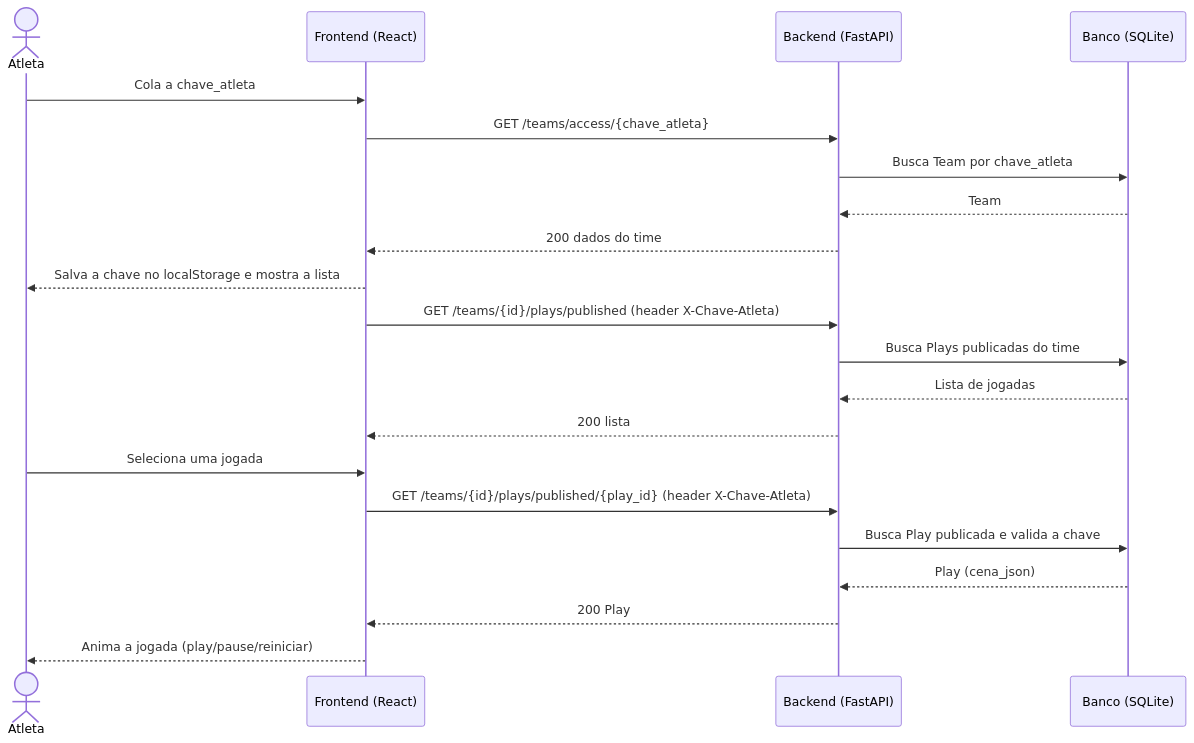
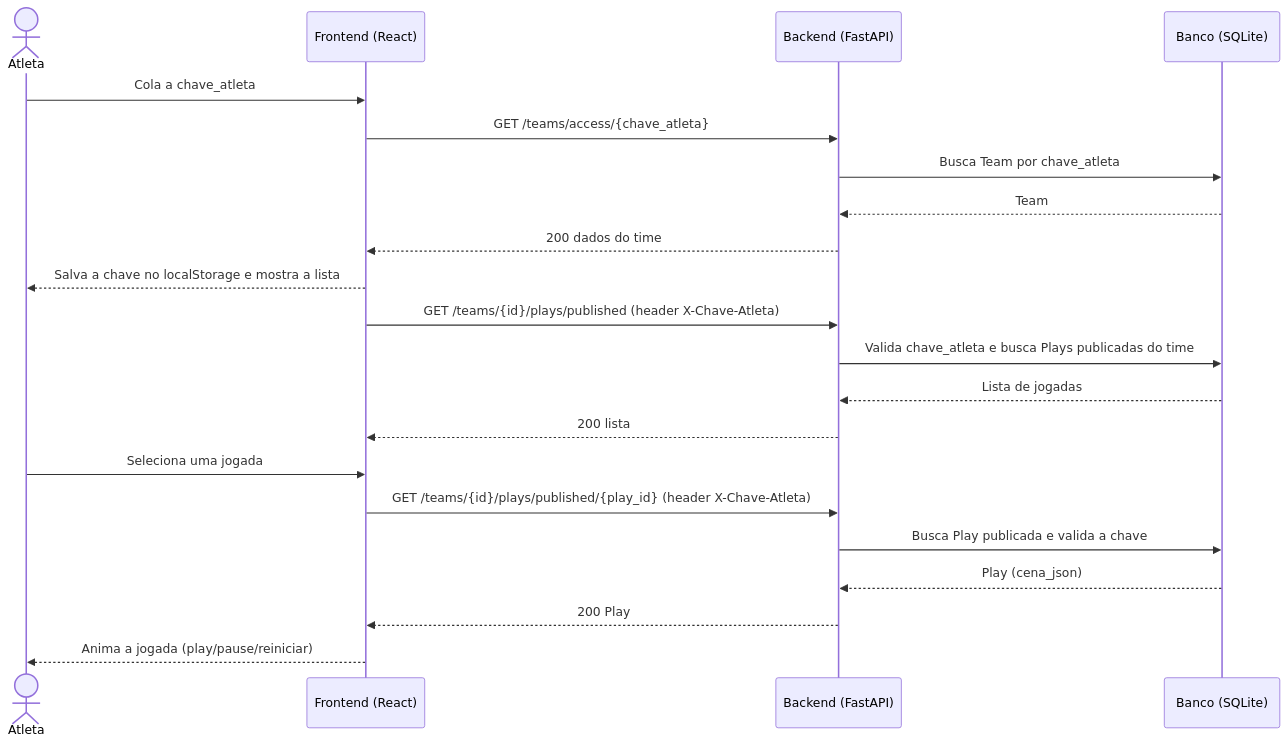
One commit to iMandy10/-EDS--Prancheta-Tatica changed the third of 3 diagrams in README.md. Above: the diagram before and after it, drawn with Mermaid.

Commit message:
docs: make sequence diagram key validation consistent between endpoints

````diff
--- a/README.md
+++ b/README.md
@@ -203,26 +203,26 @@
 ```mermaid
 sequenceDiagram
     actor Atleta
     participant Frontend as Frontend (React)
     participant API as Backend (FastAPI)
     participant DB as Banco (SQLite)
 
     Atleta->>Frontend: Cola a chave_atleta
     Frontend->>API: GET /teams/access/{chave_atleta}
     API->>DB: Busca Team por chave_atleta
     DB-->>API: Team
     API-->>Frontend: 200 dados do time
     Frontend-->>Atleta: Salva a chave no localStorage e mostra a lista
 
     Frontend->>API: GET /teams/{id}/plays/published (header X-Chave-Atleta)
-    API->>DB: Busca Plays publicadas do time
+    API->>DB: Valida chave_atleta e busca Plays publicadas do time
     DB-->>API: Lista de jogadas
     API-->>Frontend: 200 lista
 
     Atleta->>Frontend: Seleciona uma jogada
     Frontend->>API: GET /teams/{id}/plays/published/{play_id} (header X-Chave-Atleta)
     API->>DB: Busca Play publicada e valida a chave
     DB-->>API: Play (cena_json)
     API-->>Frontend: 200 Play
     Frontend-->>Atleta: Anima a jogada (play/pause/reiniciar)
 ```
````
